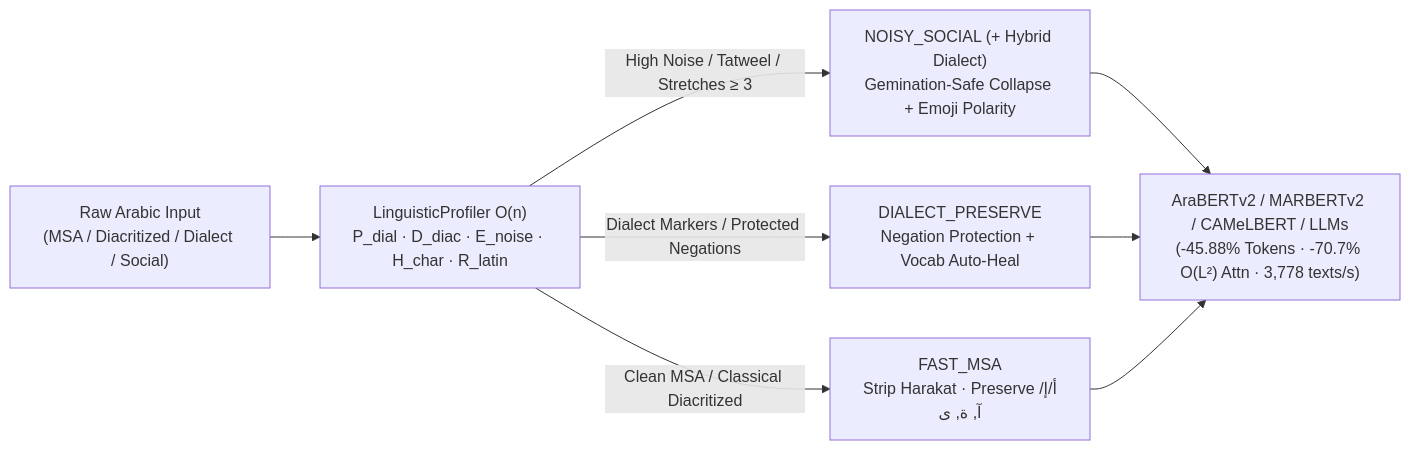
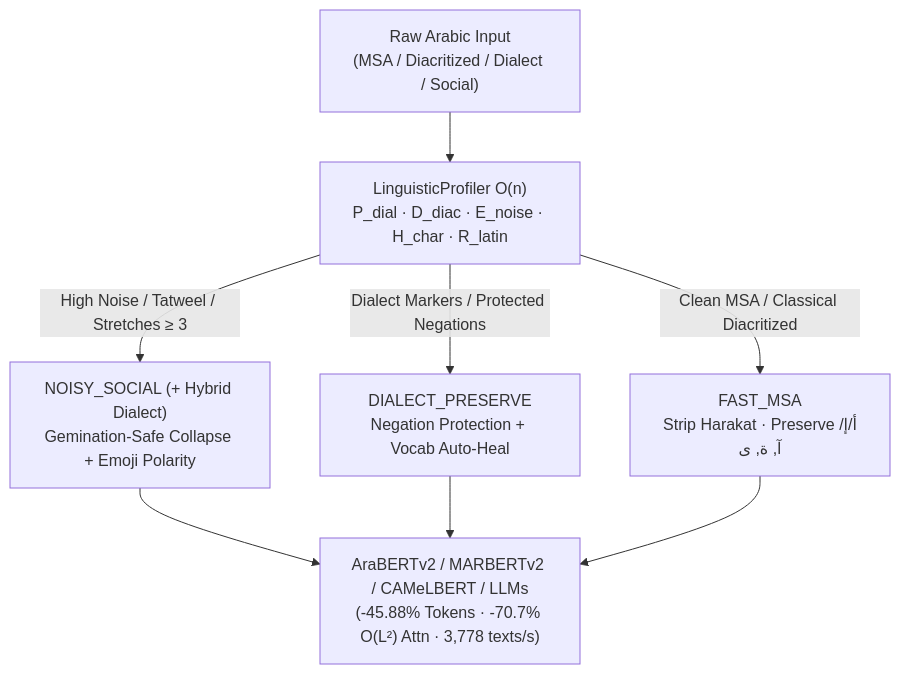
One commit to RealMtrx/misar changed the diagram in README.md. Above: the diagram before and after it, drawn with Mermaid. The commit also changed other lines of this file and 1 other file, not shown here.

Commit message:
docs: optimize architecture diagram for mobile viewports & embed responsive vector flow

````diff
--- a/README.md
+++ b/README.md
@@ -55,10 +62,10 @@
 ```mermaid
-flowchart LR
+flowchart TD
     A["Raw Arabic Input<br/>(MSA / Diacritized / Dialect / Social)"] --> B["LinguisticProfiler O(n)<br/>P_dial · D_diac · E_noise · H_char · R_latin"]
     B -->|"High Noise / Tatweel / Stretches ≥ 3"| C["NOISY_SOCIAL (+ Hybrid Dialect)<br/>Gemination-Safe Collapse + Emoji Polarity"]
     B -->|"Dialect Markers / Protected Negations"| D["DIALECT_PRESERVE<br/>Negation Protection + Vocab Auto-Heal"]
     B -->|"Clean MSA / Classical Diacritized"| E["FAST_MSA<br/>Strip Harakat · Preserve أ/إ/آ, ة, ى"]
     C --> F["AraBERTv2 / MARBERTv2 / CAMeLBERT / LLMs<br/>(-45.88% Tokens · -70.7% O(L²) Attn · 3,778 texts/s)"]
     D --> F
     E --> F
 ```
````
